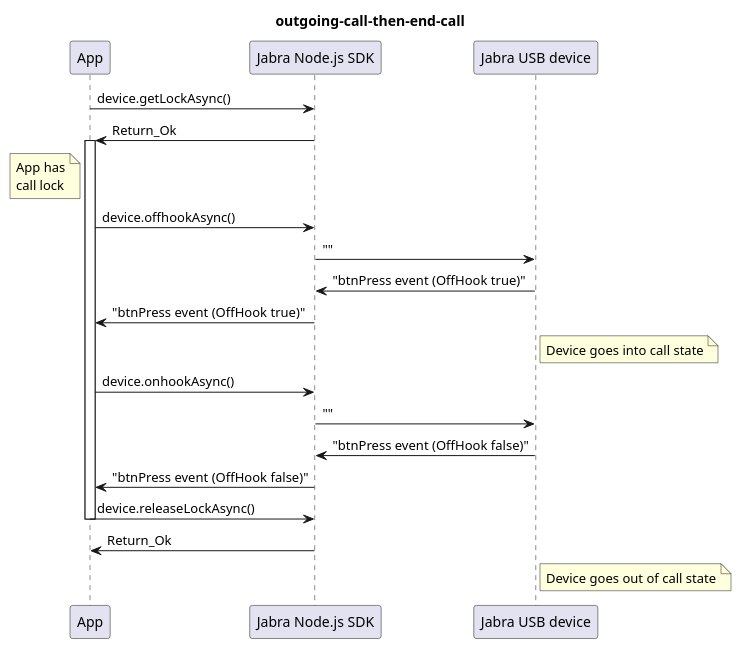
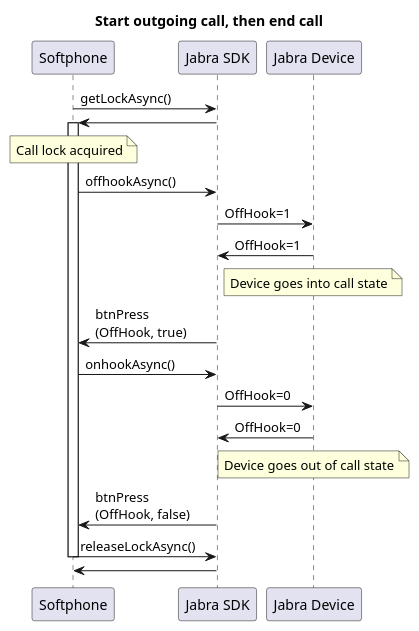
One commit to gnaudio/jabra-node-sdk changed the first of 5 diagrams in nodesdk/docs/diagrams.puml. Above: the diagram before and after it, drawn with PlantUML. The commit also changed other lines of this file and 11 other files, not shown here.

Commit message:
Updated diagrams

```diff
--- a/nodesdk/docs/diagrams.puml
+++ b/nodesdk/docs/diagrams.puml
@@ -3,20 +3,23 @@
 @startuml
-    title outgoing-call-then-end-call
-    "App"->"Jabra Node.js SDK": device.getLockAsync()
-    "Jabra Node.js SDK"->"App": Return_Ok
-    Activate "App"
-    note left of "App": App has\ncall lock
-    "App"->"Jabra Node.js SDK": device.offhookAsync()
-    "Jabra Node.js SDK"->"Jabra USB device": ""
-    "Jabra USB device"->"Jabra Node.js SDK": "btnPress event (OffHook true)"
-    "Jabra Node.js SDK"->"App": "btnPress event (OffHook true)"
-    note right of "Jabra USB device": Device goes into call state
-    "App"->"Jabra Node.js SDK": device.onhookAsync()
-    "Jabra Node.js SDK"->"Jabra USB device": ""
-    "Jabra USB device"->"Jabra Node.js SDK": "btnPress event (OffHook false)"
-    "Jabra Node.js SDK"->"App": "btnPress event (OffHook false)"
-    "App"->"Jabra Node.js SDK": device.releaseLockAsync()
-    Deactivate "App"
-    "Jabra Node.js SDK"->"App": Return_Ok
-    note right of "Jabra USB device": Device goes out of call state
+    title Start outgoing call, then end call
+    participant "Softphone" as phone
+    participant "Jabra SDK" as sdk
+    participant "Jabra Device" as device
+    phone->sdk: getLockAsync()
+    sdk->phone:
+    Activate phone
+    note over phone: Call lock acquired
+    phone->sdk: offhookAsync()
+    sdk->device: OffHook=1
+    device->sdk: OffHook=1
+    note over device: Device goes into call state
+    sdk->phone: btnPress\n(OffHook, true)
+    phone->sdk: onhookAsync()
+    sdk->device: OffHook=0
+    device->sdk: OffHook=0
+    note over device: Device goes out of call state
+    sdk->phone: btnPress\n(OffHook, false)
+    phone->sdk: releaseLockAsync()
+    Deactivate phone
+    sdk->phone:
 @enduml
```
